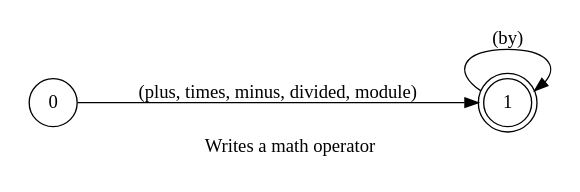
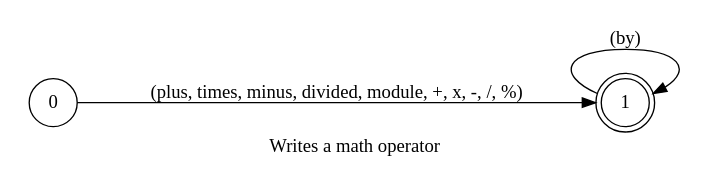
The diagram in spoken/src/modules/typescript/math_operator/phrase_en-US.dot (pedrooaugusto/speech-to-code), drawn with Graphviz before and after one commit. The commit also changed 19 other files, not shown here.

```diff
--- a/spoken/src/modules/typescript/math_operator/phrase_en-US.dot
+++ b/spoken/src/modules/typescript/math_operator/phrase_en-US.dot
@@ -1,17 +1,17 @@
 digraph MathOperator {
     id="math_operator";
     label="Writes a math operator";
     lang="en-US";
     langName="English";
     pad="0.2";
     rankdir=LR;
     alias="true";
     node[shape=doublecircle]; 1;
     node[shape=circle];
 
-    0 -> 1 [label="(plus, times, minus, divided, module)", store=mathOperator];
+    0 -> 1 [label="(plus, times, minus, divided, module, +, x, -, /, %)", store=mathOperator];
     1 -> 1 [label="(by)"];
 
     title="Writes a math operator";
     desc="Writes a math operator (*, -, +, /, %) meant to be used inside expressions";
 }
```
